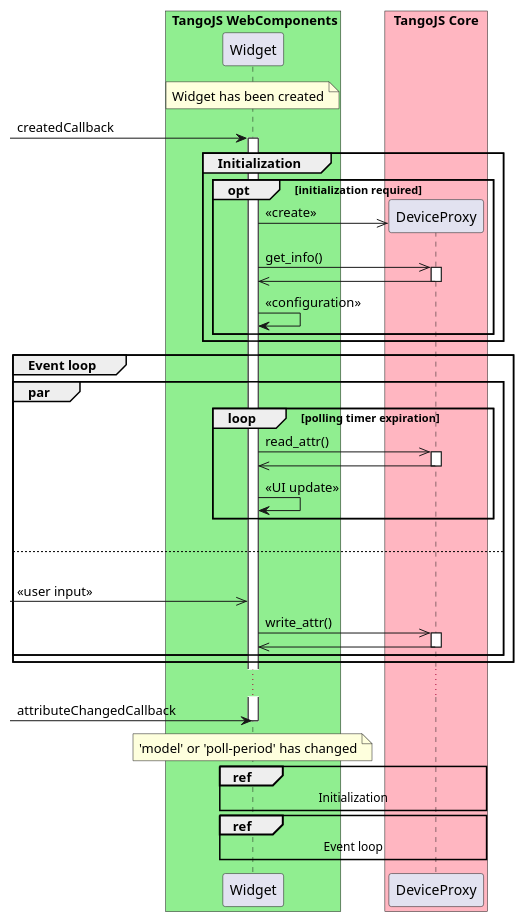
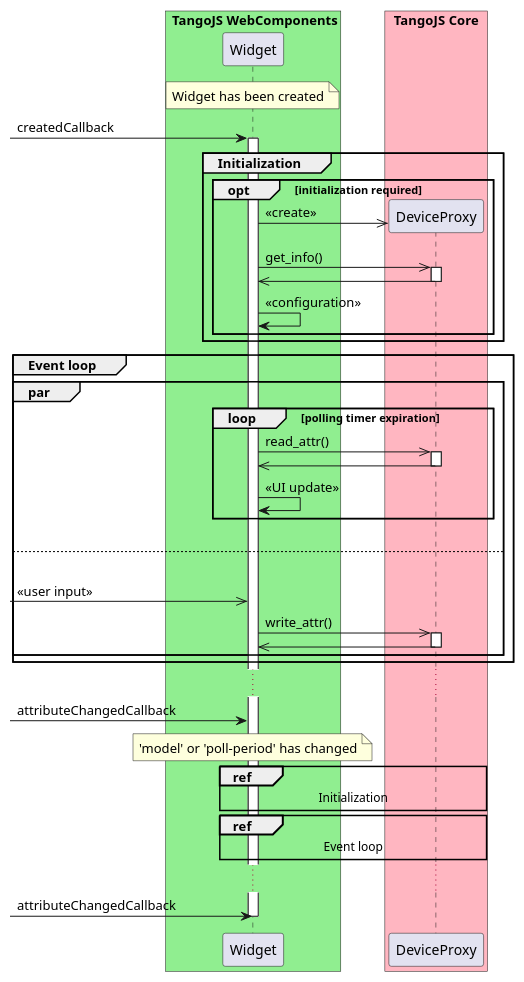
Before and after one commit to mliszcz/msc-thesis: the diagram in thesis/figures/uml-source/03-tangojs-sequence-widget-lifecycle.pu, drawn with PlantUML. The commit also changed 2 other files, not shown here.

```diff
--- a/thesis/figures/uml-source/03-tangojs-sequence-widget-lifecycle.pu
+++ b/thesis/figures/uml-source/03-tangojs-sequence-widget-lifecycle.pu
@@ -1,75 +1,78 @@
 @startuml
 
 participant Widget
 participant DeviceProxy
 
 box " TangoJS WebComponents" #LightGreen
   participant Widget
 end box
 
 box "TangoJS Core" #LightPink
   participant DeviceProxy
 end box
 
 note over Widget: Widget has been created
 
 [-> Widget: createdCallback
 activate Widget
 
 group Initialization
 opt initialization required
   create DeviceProxy
   Widget ->> DeviceProxy: << create >>
 
   Widget ->> DeviceProxy: get_info()
   activate DeviceProxy
 
   DeviceProxy ->> Widget:
   deactivate DeviceProxy
 
   Widget -> Widget: << configuration >>
 end
 end
 
 
 group Event loop
 par
 
   loop polling timer expiration
     Widget ->> DeviceProxy: read_attr()
     activate DeviceProxy
 
     DeviceProxy ->> Widget:
     deactivate DeviceProxy
 
     Widget -> Widget: << UI update >>
   end
 
   |||
 
 else
 
   |||
 
   [->>Widget: << user input >>
   Widget ->> DeviceProxy: write_attr()
   activate DeviceProxy
   DeviceProxy ->> Widget:
   deactivate DeviceProxy
 
 end
 end
 
 ...
 
 [-> Widget: attributeChangedCallback
 
 note over Widget: 'model' or 'poll-period' has changed
 
 ref over Widget, DeviceProxy: Initialization
 ref over Widget, DeviceProxy: Event loop
 
+...
+
+[-> Widget: attributeChangedCallback
 
 deactivate Widget
 
 @enduml
```
